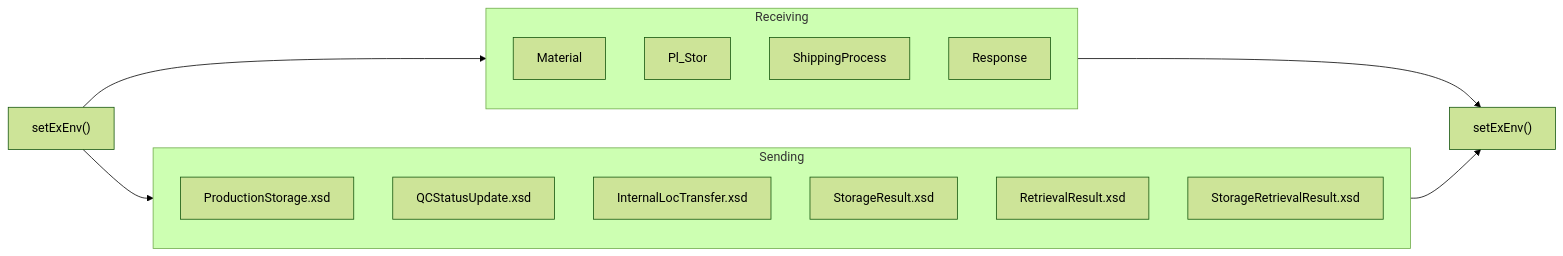
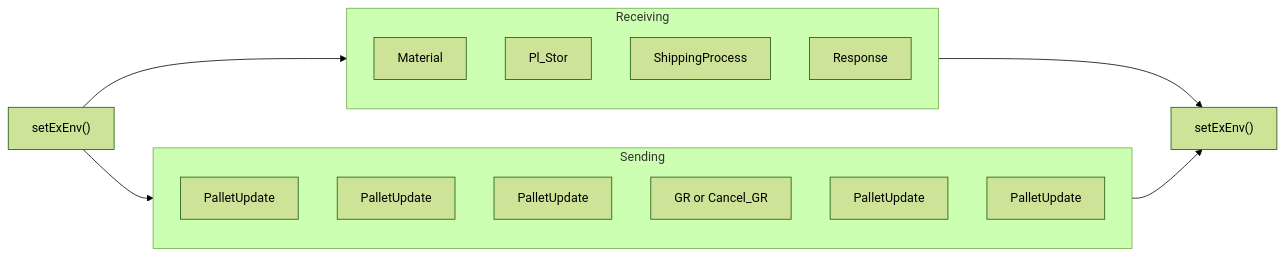
One commit to luthfiadityaa/SimeDarby-Wiki changed the sixth of 6 diagrams in Basic-Design/Host-Interfaces.md. Above: the diagram before and after it, drawn with Mermaid (forest theme).

Commit message:
Updated Host Interfaces

```diff
--- a/Basic-Design/Host-Interfaces.md
+++ b/Basic-Design/Host-Interfaces.md
@@ -444,23 +444,23 @@
 ::: mermaid
 flowchart LR
  E1["setExEnv()"]
  C1["setExEnv()"]  
  C1 --> Receiving --> E1
  C1 --> Sending --> E1
 
 subgraph Receiving
  C21["Material"]
  C22["Pl_Stor"] 
  C23["ShippingProcess"] 
  C24["Response"]
 end
 
 subgraph Sending
- C25["ProductionStorage.xsd"]
- C26["QCStatusUpdate.xsd"]
- C27["InternalLocTransfer.xsd"] 
- C28["StorageResult.xsd"]
- C29["RetrievalResult.xsd"] 
- C30["StorageRetrievalResult.xsd"] 
+ C25["PalletUpdate"]
+ C26["PalletUpdate"]
+ C27["PalletUpdate"] 
+ C28["GR or Cancel_GR"]
+ C29["PalletUpdate"] 
+ C30["PalletUpdate"] 
 end 
 :::
```
